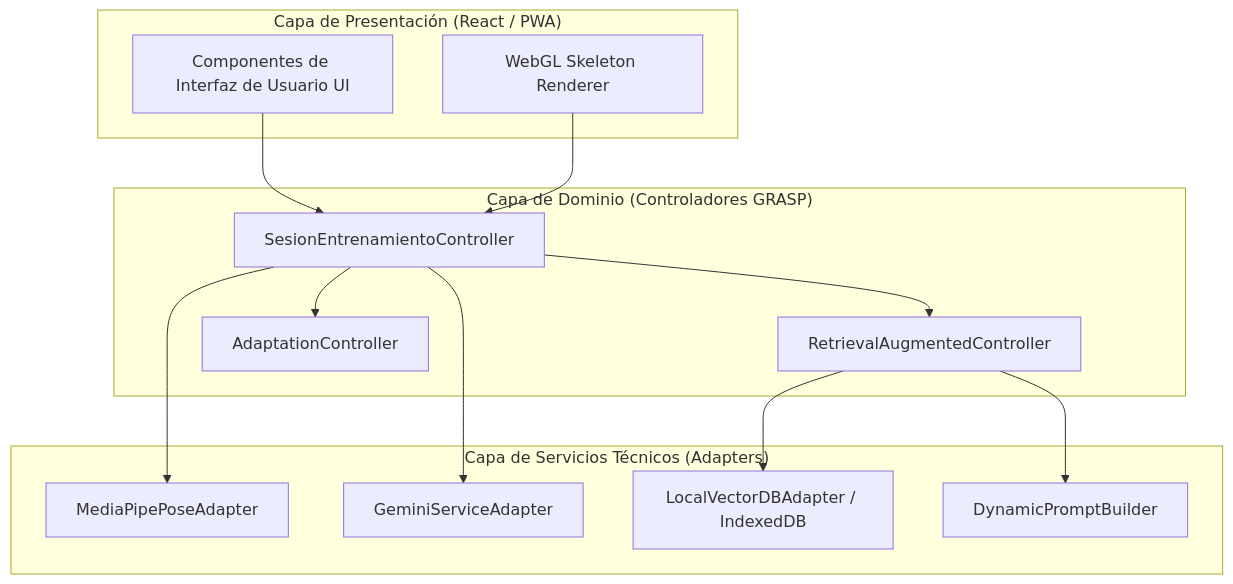
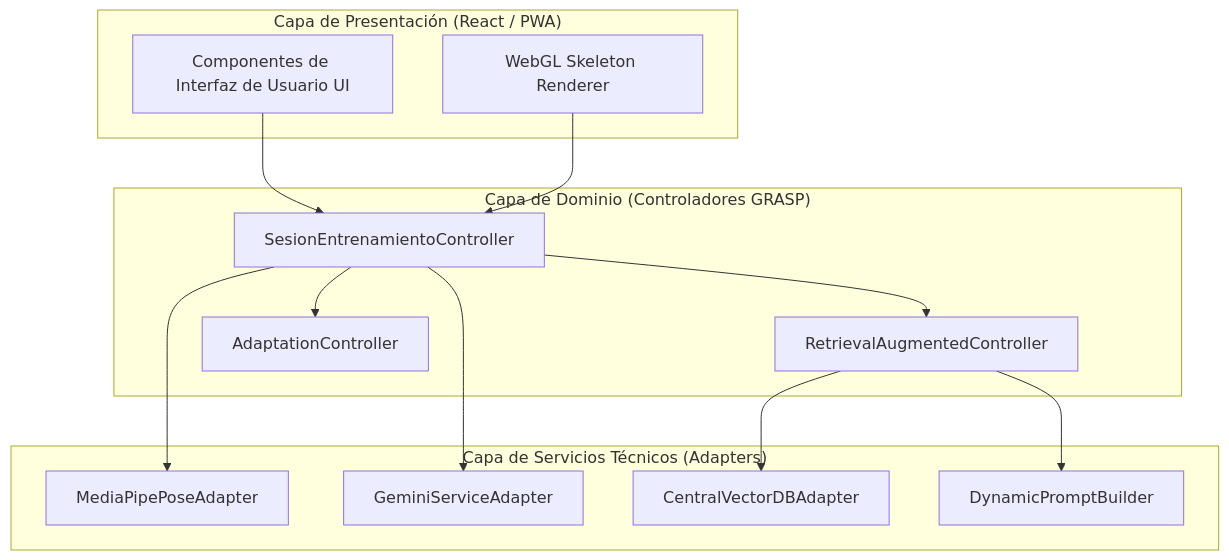
The seventh of 11 diagrams in README.md (Tsmrain/Documentacion), drawn with Mermaid before and after one commit. The commit also changed other lines of this file, not shown here.

Commit message:
refactor: migrate system architecture from client-side local RAG and IndexedDB to a centralized server-based model

````diff
--- a/README.md
+++ b/README.md
@@ -1118,31 +1067,31 @@
 ```mermaid
 flowchart TD
     subgraph "Capa de Presentación (React / PWA)"
         UI[Componentes de Interfaz de Usuario UI]
         GLRender[WebGL Skeleton Renderer]
     end
     
     subgraph "Capa de Dominio (Controladores GRASP)"
         SEC[SesionEntrenamientoController]
         RAC[RetrievalAugmentedController]
         ADC[AdaptationController]
     end
     
     subgraph "Capa de Servicios Técnicos (Adapters)"
         MPA[MediaPipePoseAdapter]
         GSA[GeminiServiceAdapter]
-        VDB[LocalVectorDBAdapter / IndexedDB]
+        VDB[CentralVectorDBAdapter]
         TPB[DynamicPromptBuilder]
     end
     
     UI --> SEC
     GLRender --> SEC
     
     SEC --> RAC
     SEC --> ADC
     SEC --> MPA
     SEC --> GSA
     
     RAC --> VDB
     RAC --> TPB
 ```
````
